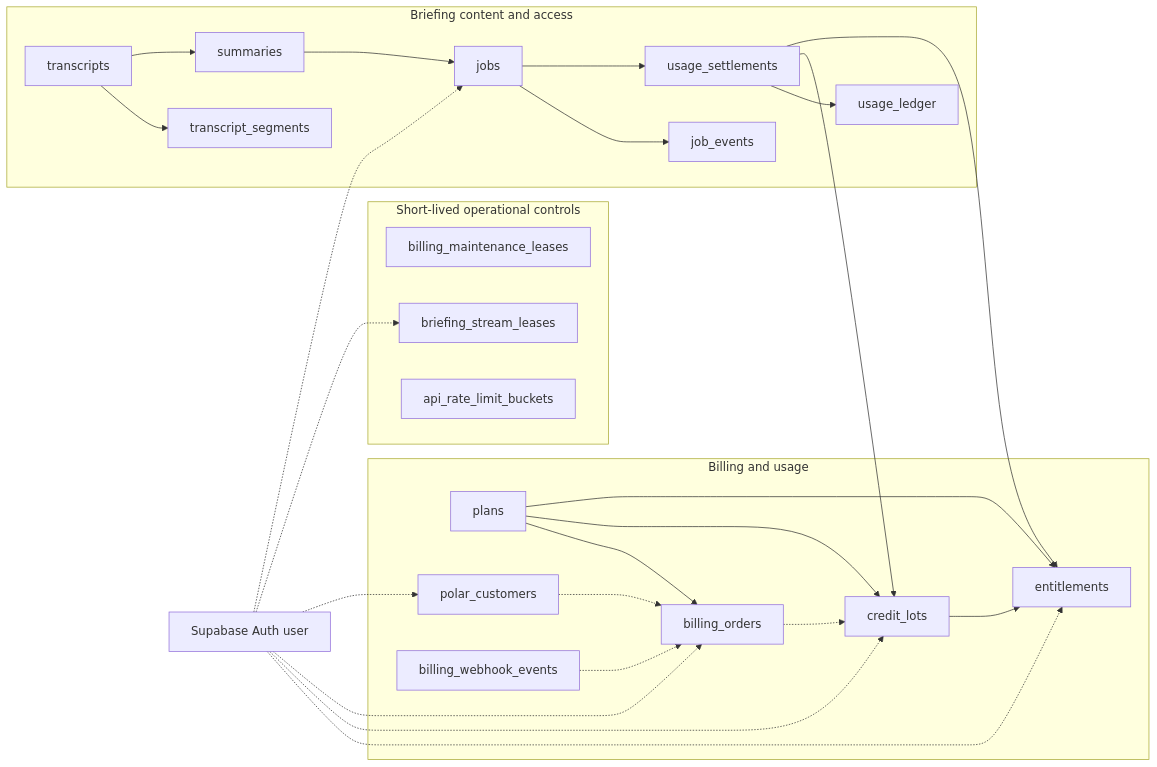
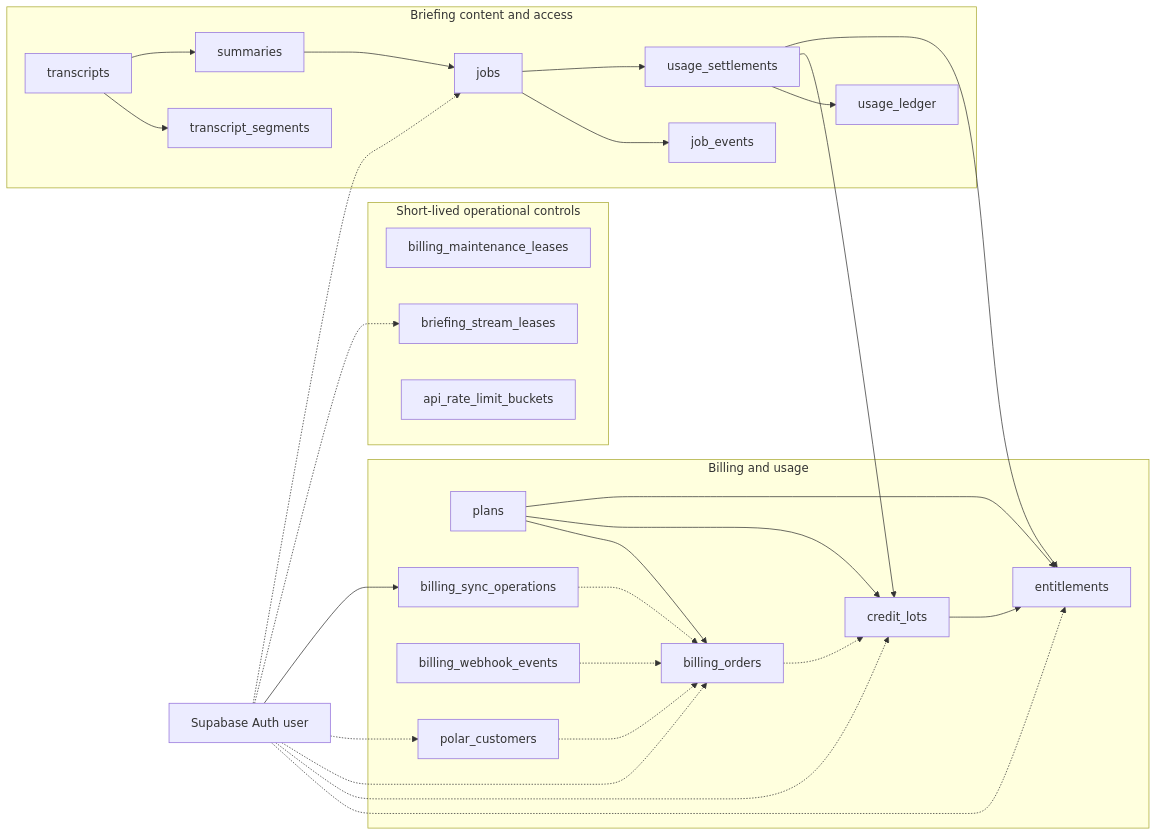
One commit to cpujades/fathom changed the second of 3 diagrams in docs/architecture/system-and-job-lifecycle.md. Above: the diagram before and after it, drawn with Mermaid. The commit also changed other lines of this file and 143 other files, not shown here.

````diff
--- a/docs/architecture/system-and-job-lifecycle.md
+++ b/docs/architecture/system-and-job-lifecycle.md
@@ -77,38 +78,40 @@
 ```mermaid
 flowchart LR
     AUTH["Supabase Auth user"]
 
     subgraph CONTENT["Briefing content and access"]
         T["transcripts"] --> TS["transcript_segments"]
         T --> S["summaries"]
         S --> J["jobs"]
         J --> JE["job_events"]
         J --> US["usage_settlements"]
         US --> UL["usage_ledger"]
     end
 
     subgraph BILLING["Billing and usage"]
         P["plans"] --> BO["billing_orders"]
         P --> CL["credit_lots"]
         P --> E["entitlements"]
         PC["polar_customers"] -.-> BO
         BO -.-> CL
         CL --> E
         US --> CL
         US --> E
         BWE["billing_webhook_events"] -.-> BO
+        BSO["billing_sync_operations"] -.-> BO
     end
 
     subgraph OPERATIONS["Short-lived operational controls"]
         BML["billing_maintenance_leases"]
         BSL["briefing_stream_leases"]
         RLB["api_rate_limit_buckets"]
     end
 
     AUTH -.-> J
     AUTH -.-> E
     AUTH -.-> CL
     AUTH -.-> BO
     AUTH -.-> PC
+    AUTH --> BSO
     AUTH -.-> BSL
 ```
````
